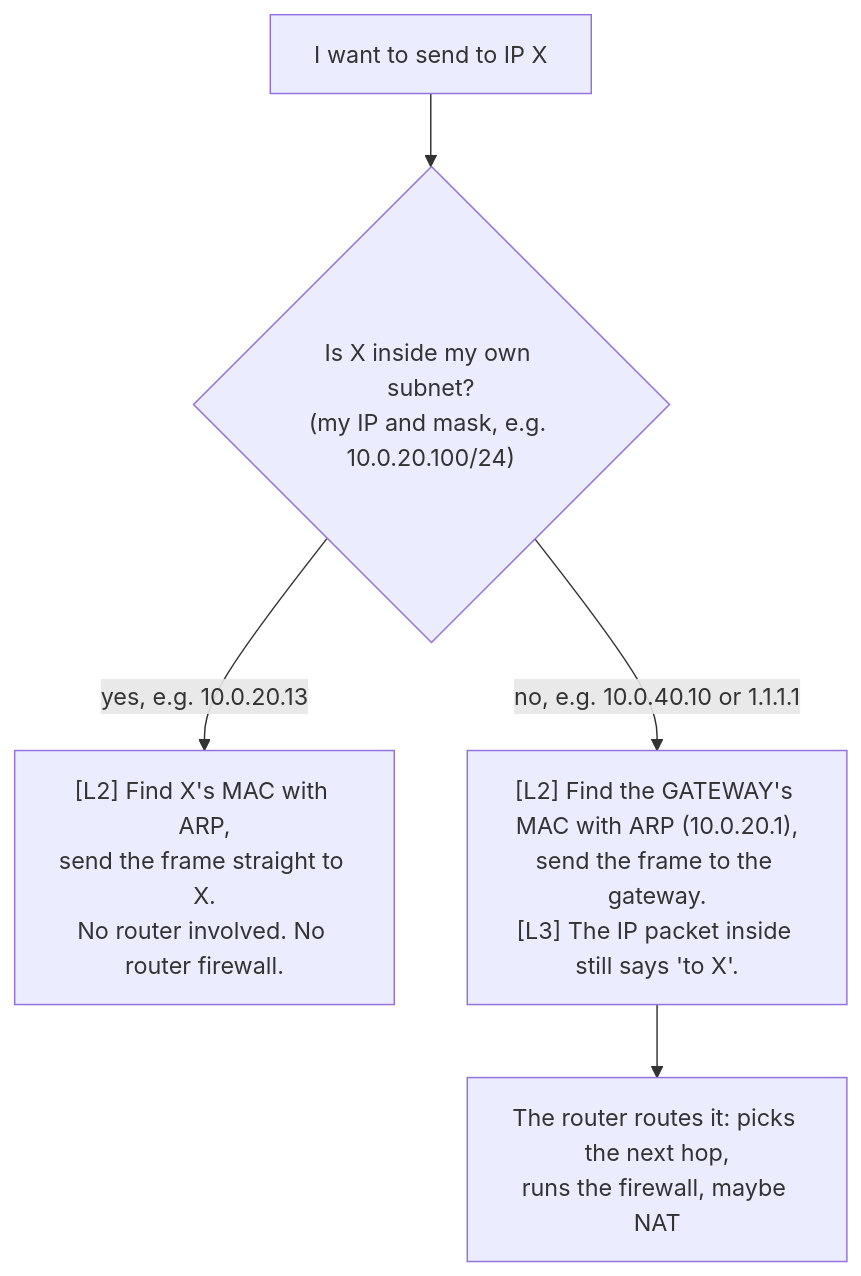
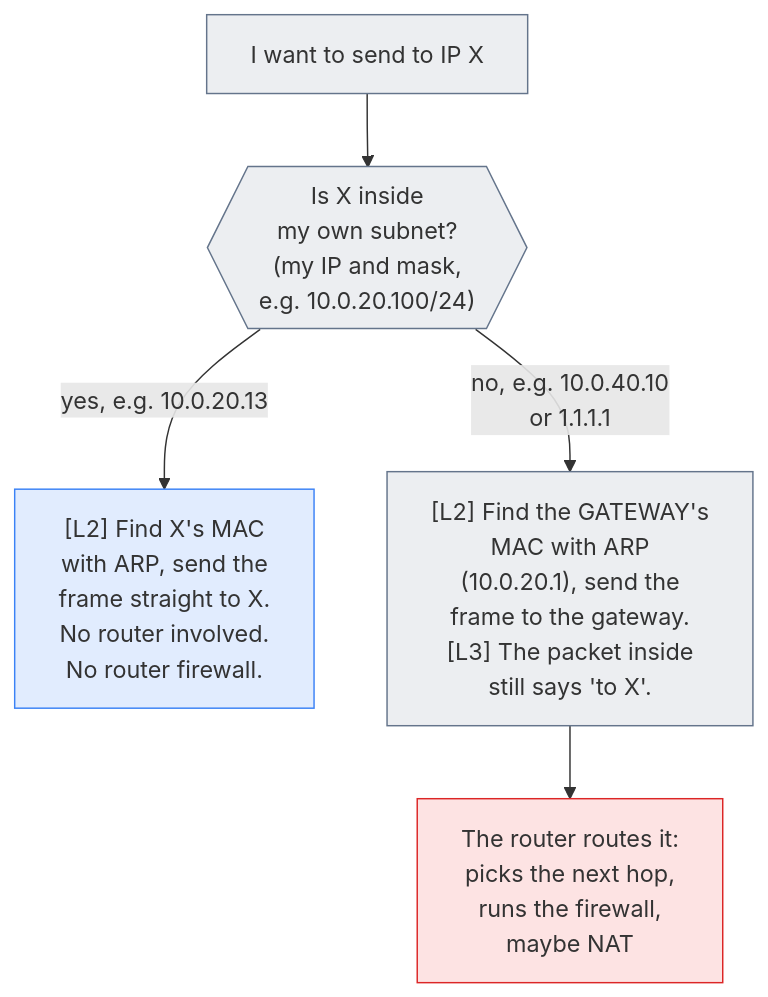
The second of 3 diagrams in content/pages/networking/basics/ip-addressing-subnetting.mdx (mithun3/tech-blog), drawn with Mermaid before and after one commit. The commit also changed other lines of this file and 8 other files, not shown here.

Commit message:
mermaid updates.

````diff
--- a/content/pages/networking/basics/ip-addressing-subnetting.mdx
+++ b/content/pages/networking/basics/ip-addressing-subnetting.mdx
@@ -71,7 +84,22 @@
 ```mermaid
+---
+config:
+  look: classic
+  fontFamily: "system-ui, -apple-system, Segoe UI, Roboto, Helvetica, Arial, sans-serif"
+  themeCSS: ".node rect, .cluster rect { rx: 6px; ry: 6px; }"
+  flowchart:
+    wrappingWidth: 200
+  themeVariables:
+    mainBkg: "#64748b1f"
+    nodeBorder: "#64748b"
+    clusterBkg: "#64748b14"
+    clusterBorder: "#64748b99"
+---
 flowchart TD
-    A["I want to send to IP X"] --> B{"Is X inside my own subnet?<br/>(my IP and mask, e.g. 10.0.20.100/24)"}
-    B -->|"yes, e.g. 10.0.20.13"| C["[L2] Find X's MAC with ARP,<br/>send the frame straight to X.<br/>No router involved. No router firewall."]
-    B -->|"no, e.g. 10.0.40.10 or 1.1.1.1"| D["[L2] Find the GATEWAY's MAC with ARP (10.0.20.1),<br/>send the frame to the gateway.<br/>[L3] The IP packet inside still says 'to X'."]
-    D --> E["The router routes it: picks the next hop,<br/>runs the firewall, maybe NAT"]
+    A["I want to send to IP X"] --> B{{"Is X inside<br/>my own subnet?<br/>(my IP and mask,<br/>e.g. 10.0.20.100/24)"}}
+    B -->|"yes, e.g. 10.0.20.13"| C["[L2] Find X's MAC<br/>with ARP, send the<br/>frame straight to X.<br/>No router involved.<br/>No router firewall."]
+    B -->|"no, e.g. 10.0.40.10<br/>or 1.1.1.1"| D["[L2] Find the GATEWAY's<br/>MAC with ARP<br/>(10.0.20.1), send the<br/>frame to the gateway.<br/>[L3] The packet inside<br/>still says 'to X'."]
+    D --> E["The router routes it:<br/>picks the next hop,<br/>runs the firewall,<br/>maybe NAT"]
+    style C fill:#3b82f626,stroke:#3b82f6
+    style E fill:#ef444426,stroke:#dc2626
 ```
````
